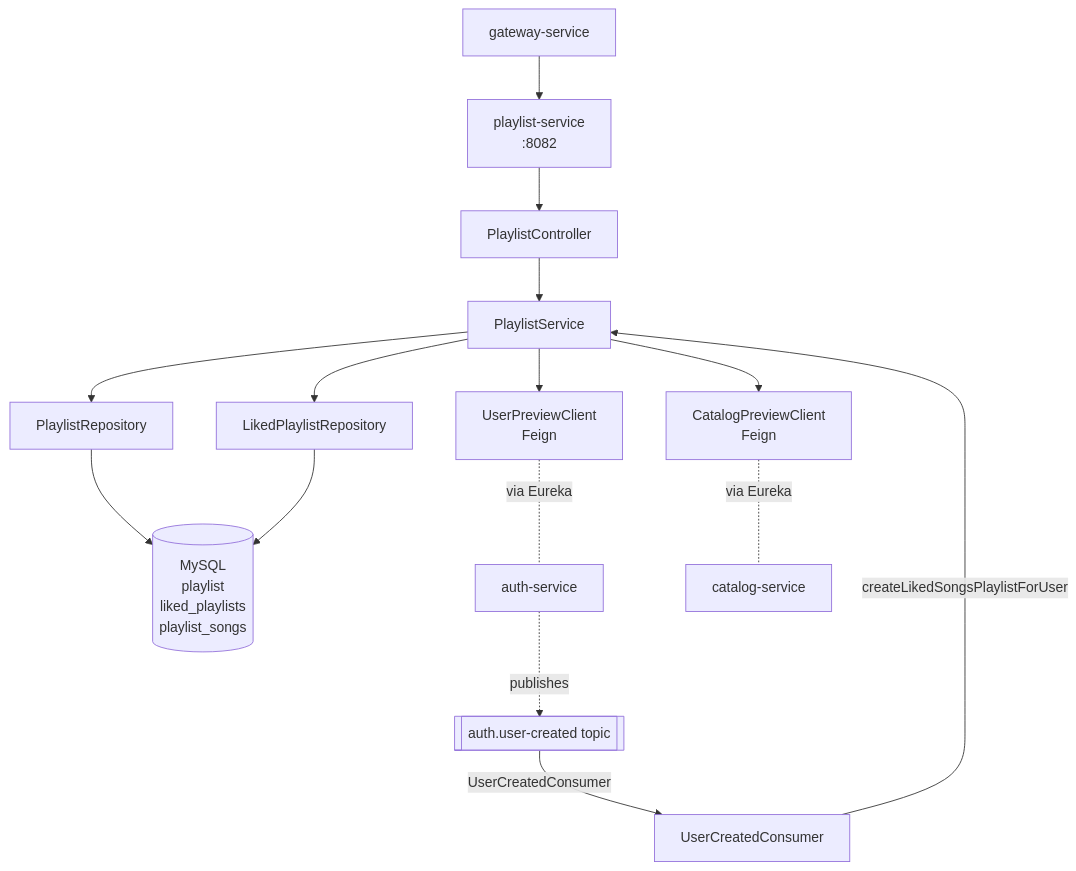
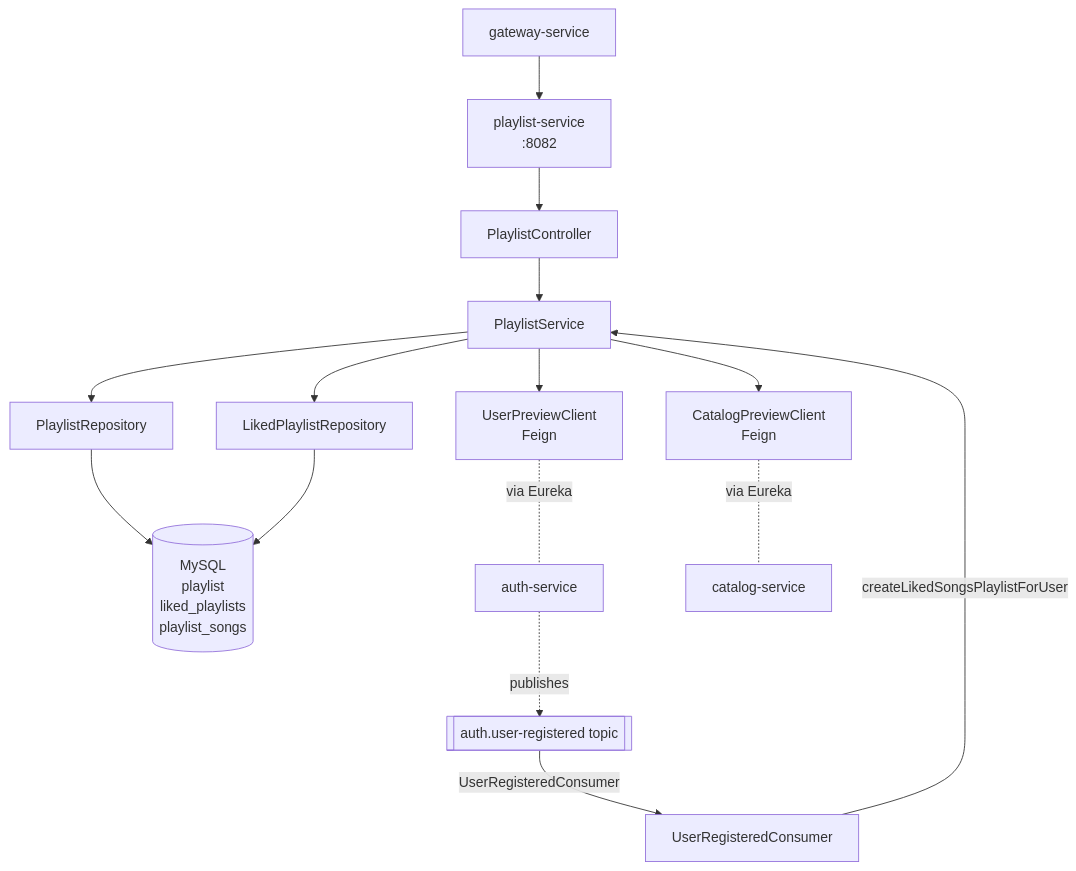
The first of 4 diagrams in playlist-service/README.md (harshithrao07/cadence), drawn with Mermaid before and after one commit. The commit also changed other lines of this file and 44 other files, not shown here.

````diff
--- a/playlist-service/README.md
+++ b/playlist-service/README.md
@@ -16,24 +16,24 @@
 ```mermaid
 flowchart TB
     gw[gateway-service] --> playlist[playlist-service<br/>:8082]
 
     playlist --> pc[PlaylistController]
     pc --> ps[PlaylistService]
 
     ps --> pr[PlaylistRepository]
     ps --> lpr[LikedPlaylistRepository]
     ps --> upc[UserPreviewClient<br/>Feign]
     ps --> cpc[CatalogPreviewClient<br/>Feign]
 
     pr --> mysql[(MySQL<br/>playlist<br/>liked_playlists<br/>playlist_songs)]
     lpr --> mysql
 
     upc -.via Eureka.- auth[auth-service]
     cpc -.via Eureka.- catalog[catalog-service]
 
-    kafka[[auth.user-created topic]]
-    kafka -->|UserCreatedConsumer| ucc[UserCreatedConsumer]
+    kafka[[auth.user-registered topic]]
+    kafka -->|UserRegisteredConsumer| ucc[UserRegisteredConsumer]
     ucc -->|createLikedSongsPlaylistForUser| ps
 
     auth -.publishes.-> kafka
 ```
````
